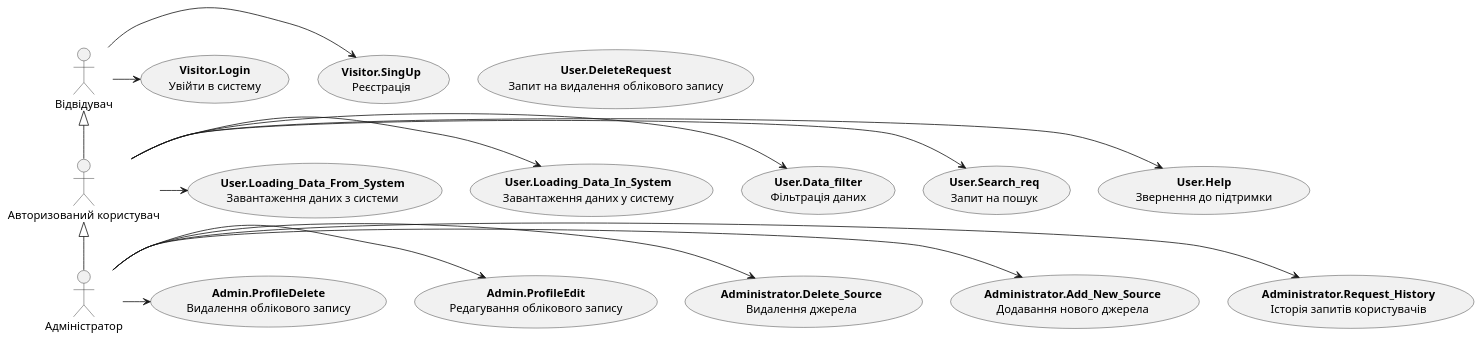
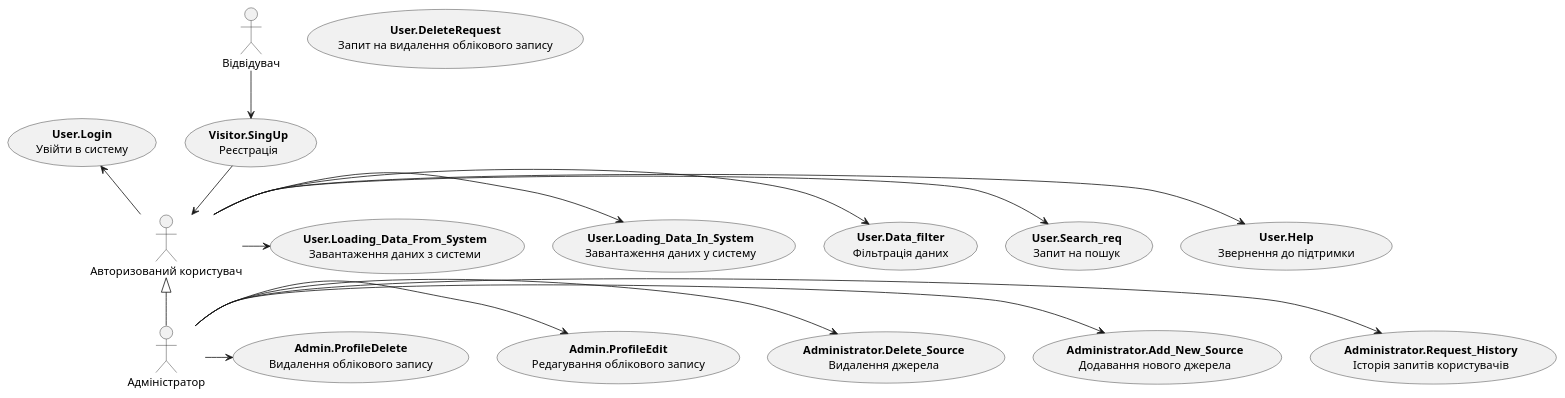
One commit to nonGratis/retarder-io-23-3 changed the first of 11 diagrams in docs/use cases/README.md. Above: the diagram before and after it, drawn with PlantUML. The commit also changed other lines of this file and 1 other file, not shown here.

Commit message:
change the logic of the visitor

````diff
--- a/docs/use cases/README.md
+++ b/docs/use cases/README.md
@@ -5,44 +5,46 @@
 ```plantuml
 @startuml
 
-actor "Відвідувач" as Guest
+actor "Відвідувач" as Visitor
 actor "Авторизований користувач" as User
 actor "Адміністратор" as Admin
 
 usecase "<b>Visitor.SingUp</b>\nРеєстрація" as Visitor.SingUp
-usecase "<b>Visitor.Login</b>\nУвійти в систему" as Visitor.Login
 
+usecase "<b>User.Login</b>\nУвійти в систему" as User.Login
 usecase "<b>User.Help</b>\nЗвернення до підтримки" as User.Help
 usecase "<b>User.DeleteRequest</b>\nЗапит на видалення облікового запису" as User.DeleteRequest
 usecase "<b>User.Search_req</b>\nЗапит на пошук" as User.Search_req
 usecase "<b>User.Data_filter</b>\nФільтрація даних" as User.Data_filter
 usecase "<b>User.Loading_Data_In_System</b>\nЗавантаження даних у систему" as User.Loading_Data_In_System
 usecase "<b>User.Loading_Data_From_System</b>\nЗавантаження даних з системи" as User.Loading_Data_From_System
 
 usecase "<b>Administrator.Request_History</b>\nІсторія запитів користувачів" as Administrator.Request_History
 usecase "<b>Administrator.Add_New_Source</b>\nДодавання нового джерела" as Administrator.Add_New_Source
 usecase "<b>Administrator.Delete_Source</b>\nВидалення джерела" as Administrator.Delete_Source
 usecase "<b>Admin.ProfileEdit</b>\nРедагування облікового запису" as Admin.ProfileEdit
 usecase "<b>Admin.ProfileDelete</b>\nВидалення облікового запису" as Admin.ProfileDelete
 
 
 Admin -u-|> User
-User -u-|> Guest
 
-Guest -r-> Visitor.SingUp
-Guest -r-> Visitor.Login
+Visitor -d-> Visitor.SingUp
+
+Visitor.SingUp -d-> User
+
+User -u-> User.Login
 
 User -r-> User.Help
 User -r-> User.Search_req
 User -r-> User.Data_filter
 User -r-> User.Loading_Data_In_System
 User -r-> User.Loading_Data_From_System
 
 Admin -r-> Administrator.Request_History
 Admin -r-> Administrator.Add_New_Source
 Admin -r-> Administrator.Delete_Source
 Admin -r-> Admin.ProfileEdit
 Admin -r-> Admin.ProfileDelete
 
 @enduml
 ```
````
